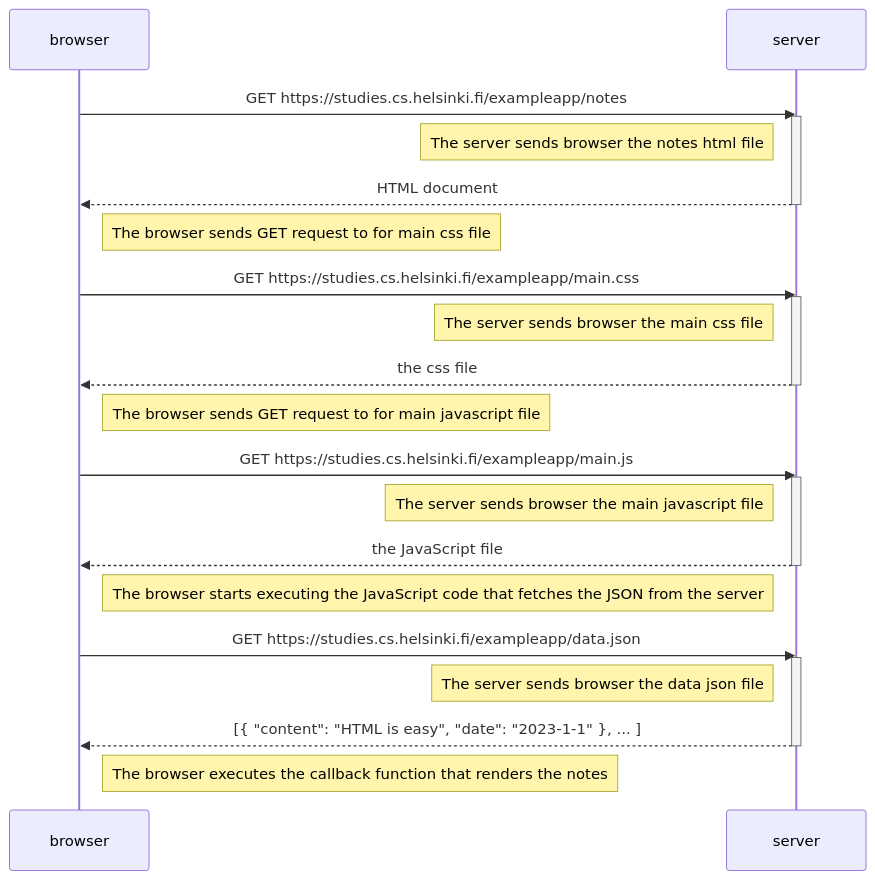
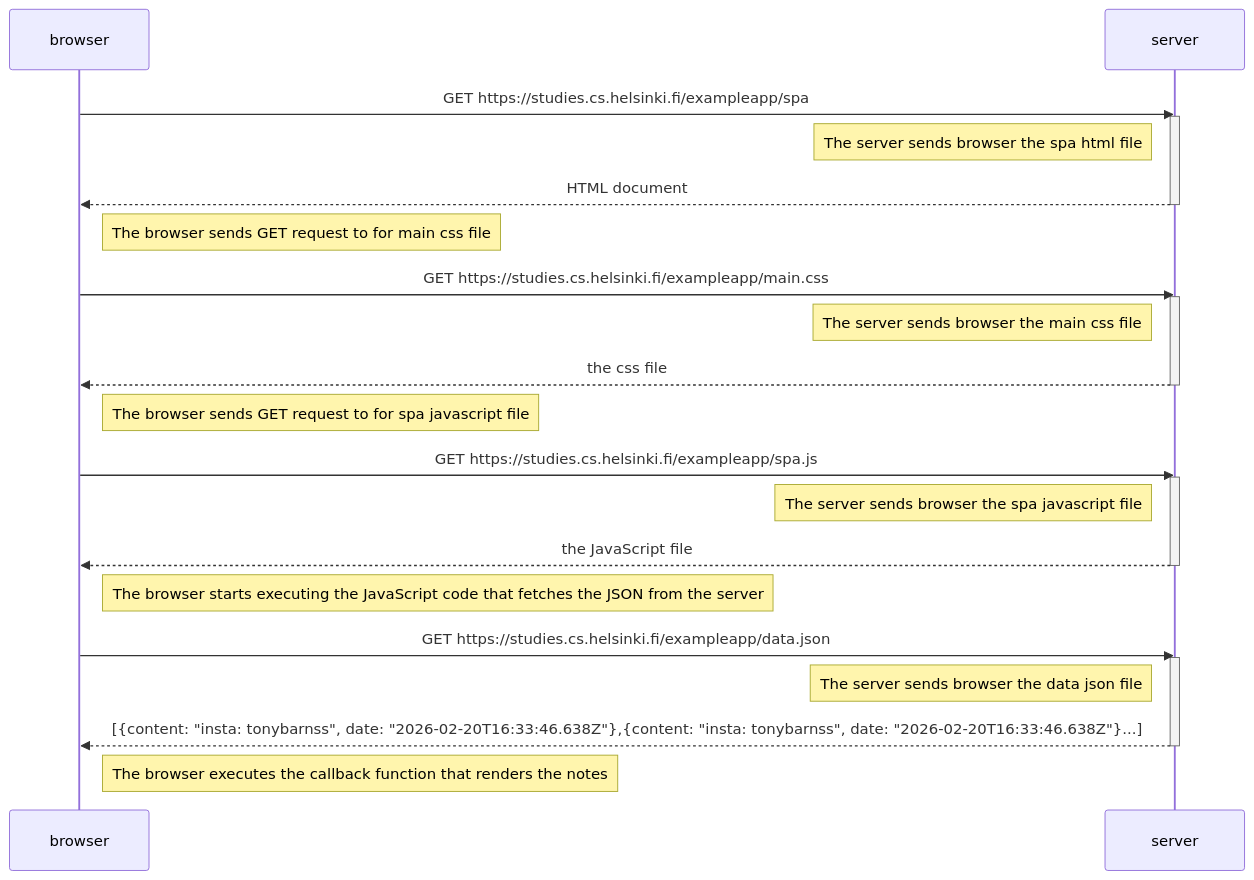
Before and after one commit to emustafaa/fullstackopen: the diagram in part0/exercise0.5.md, drawn with Mermaid.

Commit message:
Update sequence diagram for SPA changes

````diff
--- a/part0/exercise0.5.md
+++ b/part0/exercise0.5.md
@@ -2,40 +2,40 @@
 ```mermaid
 
 sequenceDiagram
     participant browser
     participant server
     
-    browser->>server: GET https://studies.cs.helsinki.fi/exampleapp/notes
+    browser->>server: GET https://studies.cs.helsinki.fi/exampleapp/spa
     activate server
-    Note left of server: The server sends browser the notes html file
+    Note left of server: The server sends browser the spa html file
     server-->>browser: HTML document
     
     deactivate server
 
     Note right of browser: The browser sends GET request to for main css file
 
     browser->>server: GET https://studies.cs.helsinki.fi/exampleapp/main.css
     activate server
     Note left of server: The server sends browser the main css file
     server-->>browser: the css file
     deactivate server
 
-    Note right of browser: The browser sends GET request to for main javascript file
+    Note right of browser: The browser sends GET request to for spa javascript file
 
-    browser->>server: GET https://studies.cs.helsinki.fi/exampleapp/main.js
+    browser->>server: GET https://studies.cs.helsinki.fi/exampleapp/spa.js
     activate server
-    Note left of server: The server sends browser the main javascript file
+    Note left of server: The server sends browser the spa javascript file
     server-->>browser: the JavaScript file
     deactivate server
 
     Note right of browser: The browser starts executing the JavaScript code that fetches the JSON from the server
 
     browser->>server: GET https://studies.cs.helsinki.fi/exampleapp/data.json
     activate server
     Note left of server: The server sends browser the data json file
-    server-->>browser: [{ "content": "HTML is easy", "date": "2023-1-1" }, ... ]
+    server-->>browser: [{content: "insta: tonybarnss", date: "2026-02-20T16:33:46.638Z"},{content: "insta: tonybarnss", date: "2026-02-20T16:33:46.638Z"}...]
     deactivate server
 
     Note right of browser: The browser executes the callback function that renders the notes
 
 ```
````
